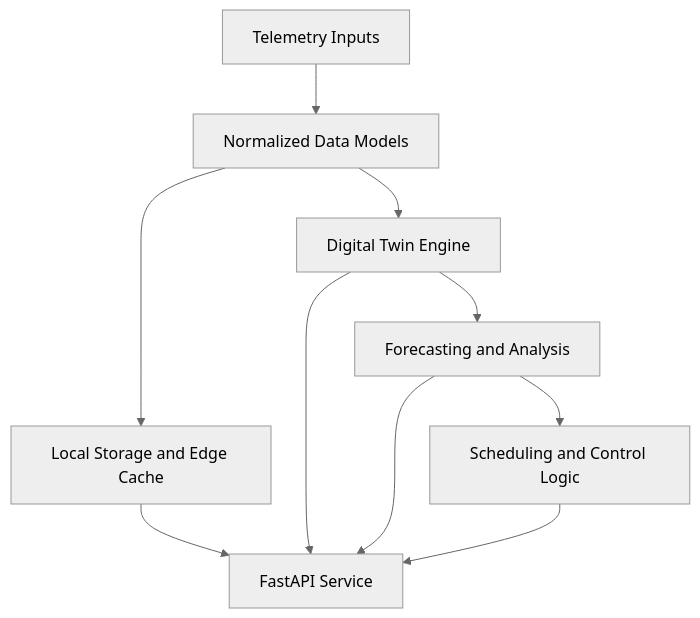
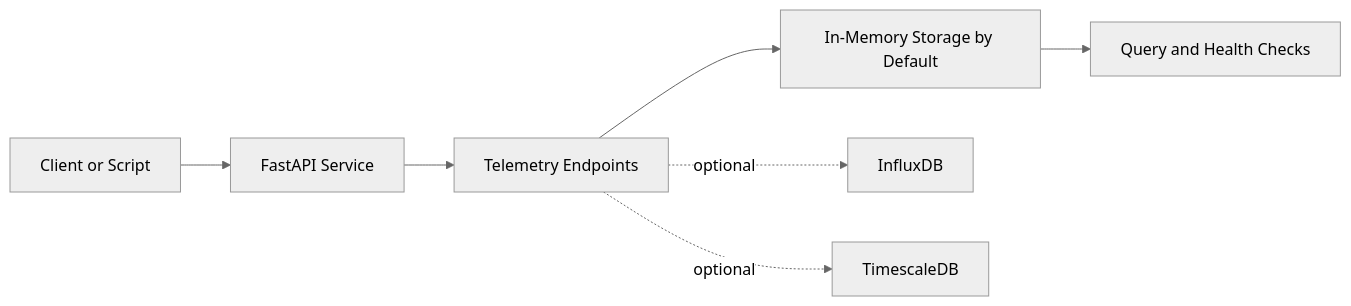
Before and after one commit to iceccarelli/GridOS: the diagram in README.md, drawn with Mermaid (neutral theme). The commit also changed other lines of this file, not shown here.

````diff
--- a/README.md
+++ b/README.md
@@ -57,12 +44,9 @@
 ```mermaid
-flowchart TB
-    A[Telemetry Inputs] --> B[Normalized Data Models]
-    B --> C[Local Storage and Edge Cache]
-    B --> D[Digital Twin Engine]
-    D --> E[Forecasting and Analysis]
-    E --> F[Scheduling and Control Logic]
-    C --> G[FastAPI Service]
-    D --> G
-    E --> G
-    F --> G
+flowchart LR
+    A[Client or Script] --> B[FastAPI Service]
+    B --> C[Telemetry Endpoints]
+    C --> D[In-Memory Storage by Default]
+    D --> E[Query and Health Checks]
+    C -. optional .-> F[InfluxDB]
+    C -. optional .-> G[TimescaleDB]
 ```
````
